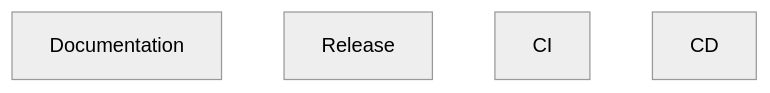
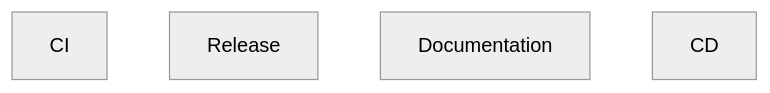
One commit to zepfu/llama-gguf-inference changed the seventh of 8 diagrams in docs/auto/ARCHITECTURE_AUTO.md. Above: the diagram before and after it, drawn with Mermaid (neutral theme). The commit also changed other lines of this file and 2 other files, not shown here.

````diff
--- a/docs/auto/ARCHITECTURE_AUTO.md
+++ b/docs/auto/ARCHITECTURE_AUTO.md
@@ -187,7 +211,7 @@
 ```mermaid
 graph TD
+    ci[CI]
+    release[Release]
     docs[Documentation]
-    release[Release]
-    ci[CI]
     cd[CD]
 ```
````
